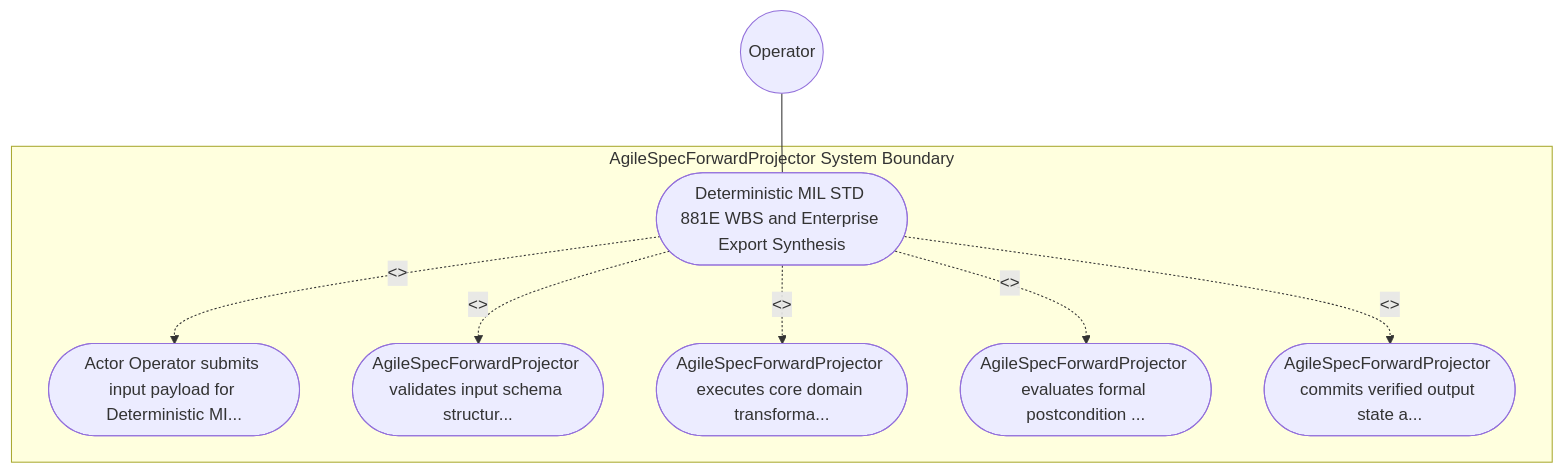
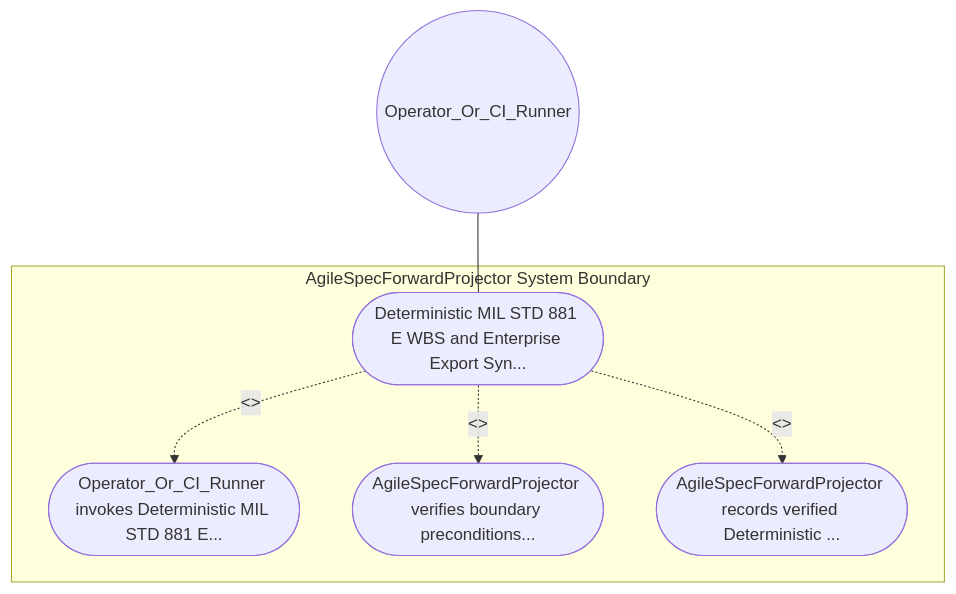
One commit to gintatkinson/DEAP01-spec-core changed the diagram in .pipeline/upstream/docs/use-cases/UC-18-Deterministic_MIL_STD_881E_WBS_and_Enterprise_Export_Synthesis.md. Above: the diagram before and after it, drawn with Mermaid. The commit also changed other lines of this file and 213 other files, not shown here.

````diff
--- a/.pipeline/upstream/docs/use-cases/UC-18-Deterministic_MIL_STD_881E_WBS_and_Enterprise_Export_Synthesis.md
+++ b/.pipeline/upstream/docs/use-cases/UC-18-Deterministic_MIL_STD_881E_WBS_and_Enterprise_Export_Synthesis.md
@@ -16,17 +16,13 @@
 ```mermaid
 graph TD
     subgraph "AgileSpecForwardProjector System Boundary"
-        UC_Main(["Deterministic MIL STD 881E WBS and Enterprise Export Synthesis"])
-        UC_Step01(["Actor Operator submits input payload for Deterministic MI..."])
-        UC_Step02(["AgileSpecForwardProjector validates input schema structur..."])
-        UC_Step03(["AgileSpecForwardProjector executes core domain transforma..."])
-        UC_Step04(["AgileSpecForwardProjector evaluates formal postcondition ..."])
-        UC_Step05(["AgileSpecForwardProjector commits verified output state a..."])
+        UC_Main(["Deterministic MIL STD 881 E WBS and Enterprise Export Syn..."])
+        UC_Step01(["Operator_Or_CI_Runner invokes Deterministic MIL STD 881 E..."])
+        UC_Step02(["AgileSpecForwardProjector verifies boundary preconditions..."])
+        UC_Step03(["AgileSpecForwardProjector records verified Deterministic ..."])
     end
-    Operator(("Operator")) --- UC_Main
+    Operator_Or_CI_Runner(("Operator_Or_CI_Runner")) --- UC_Main
     UC_Main -. "<<include>>" .-> UC_Step01
     UC_Main -. "<<include>>" .-> UC_Step02
     UC_Main -. "<<include>>" .-> UC_Step03
-    UC_Main -. "<<include>>" .-> UC_Step04
-    UC_Main -. "<<include>>" .-> UC_Step05
 ```
````
